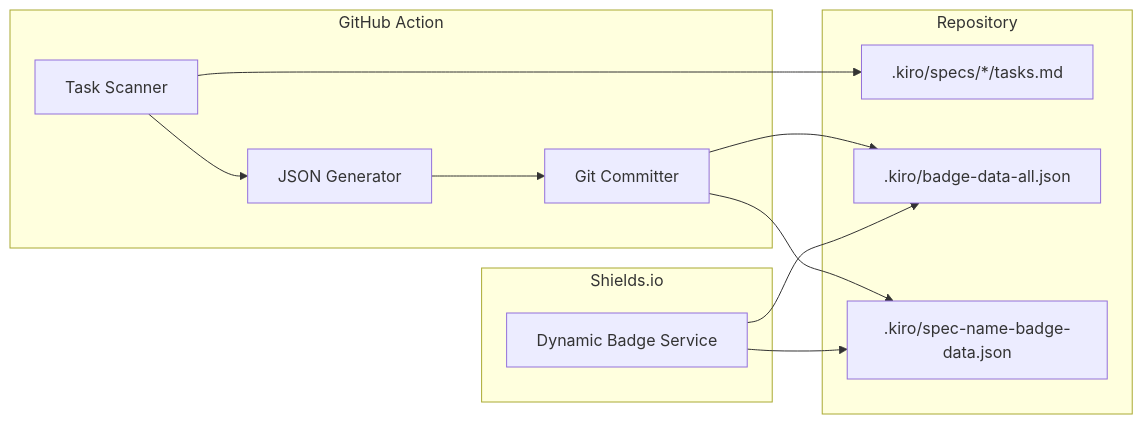
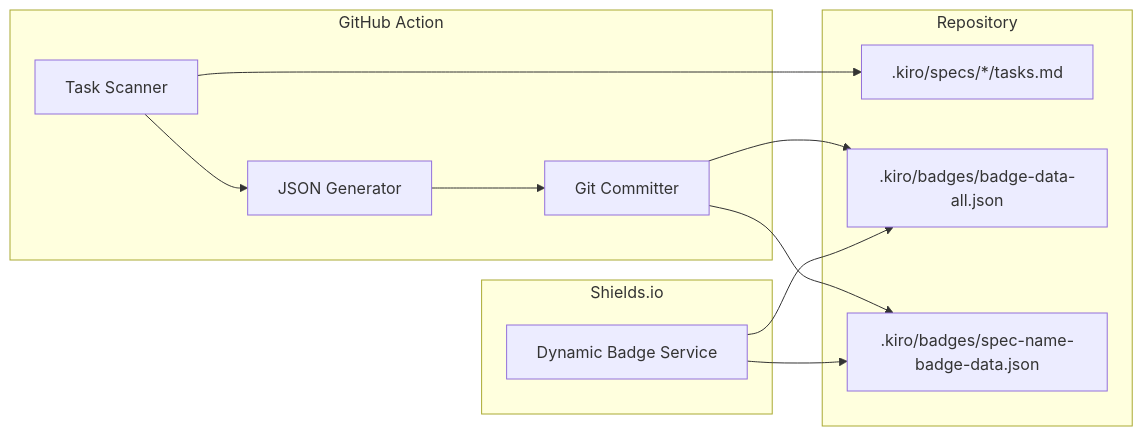
One commit to CLBray/kiro-github-badges changed the second of 2 diagrams in .kiro/specs/github-kiro-static-badge/design.md. Above: the diagram before and after it, drawn with Mermaid. The commit also changed other lines of this file and 13 other files, not shown here.

First line of the commit message:
feat: Move badge files to dedicated .kiro/badges/ directory

````diff
--- a/.kiro/specs/github-kiro-static-badge/design.md
+++ b/.kiro/specs/github-kiro-static-badge/design.md
@@ -27,23 +27,23 @@
 ```mermaid
 graph LR
     subgraph "GitHub Action"
         A[Task Scanner] --> B[JSON Generator]
         B --> C[Git Committer]
     end
     
     subgraph "Repository"
         D[.kiro/specs/*/tasks.md]
-        E[.kiro/badge-data-all.json]
-        F[.kiro/spec-name-badge-data.json]
+        E[.kiro/badges/badge-data-all.json]
+        F[.kiro/badges/spec-name-badge-data.json]
     end
     
     subgraph "Shields.io"
         G[Dynamic Badge Service]
     end
     
     A --> D
     C --> E
     C --> F
     G --> E
     G --> F
 ```
````
